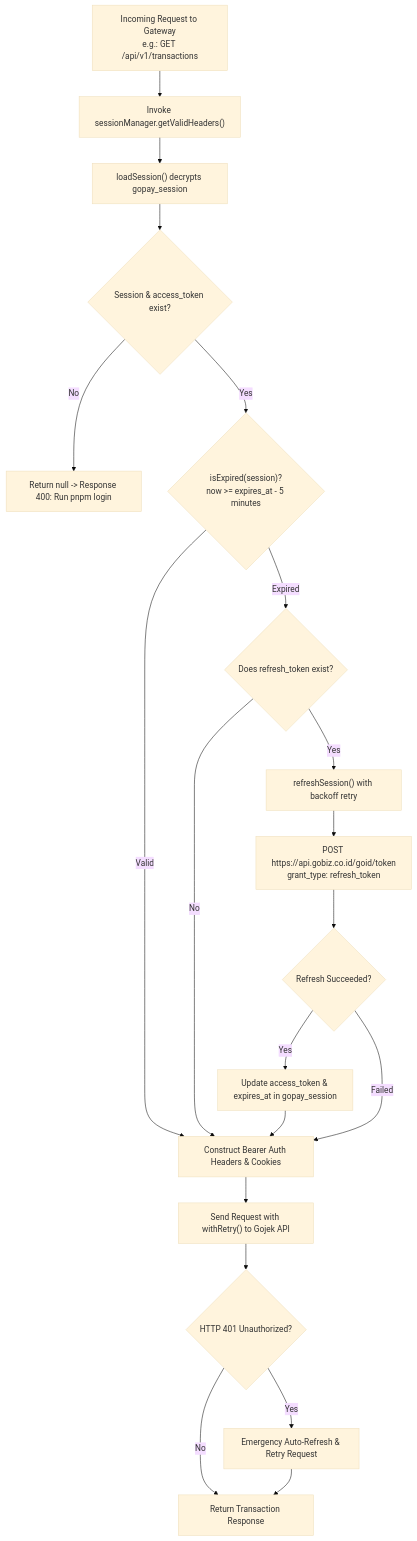
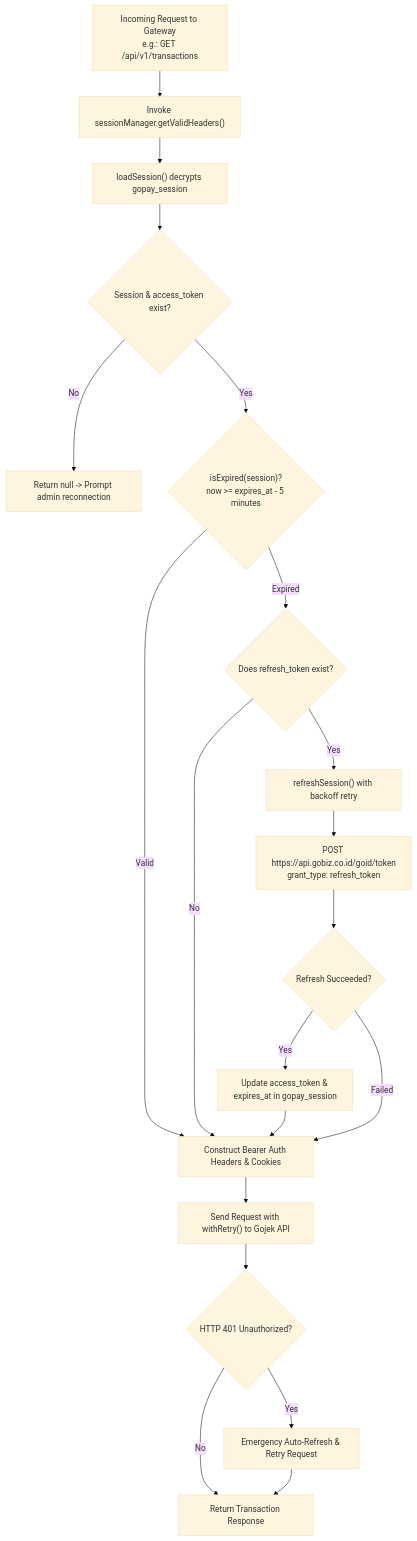
The second of 3 diagrams in GOJEK_API_DOCS.md (azmi2409/gopay-merchant-qris-gateway), drawn with Mermaid (base theme) before and after one commit. The commit also changed other lines of this file and 68 other files, not shown here.

````diff
--- a/GOJEK_API_DOCS.md
+++ b/GOJEK_API_DOCS.md
@@ -108,27 +105,27 @@
 ```mermaid
 flowchart TD
     A["Incoming Request to Gateway<br/>e.g.: GET /api/v1/transactions"] --> B["Invoke sessionManager.getValidHeaders()"]
     B --> C["loadSession() decrypts gopay_session"]
     
     C --> D{"Session & access_token exist?"}
-    D -- No --> E["Return null -> Response 400: Run pnpm login"]
+    D -- No --> E["Return null -> Prompt admin reconnection"]
     D -- Yes --> F{"isExpired(session)?<br/>now >= expires_at - 5 minutes"}
     
     F -- Valid --> G["Construct Bearer Auth Headers & Cookies"]
     F -- Expired --> H{"Does refresh_token exist?"}
     
     H -- No --> G
     H -- Yes --> I["refreshSession() with backoff retry"]
     
     I --> J["POST https://api.gobiz.co.id/goid/token<br/>grant_type: refresh_token"]
     J --> K{"Refresh Succeeded?"}
     K -- Yes --> L["Update access_token & expires_at in gopay_session"]
     L --> G
     K -- Failed --> G
     
     G --> M["Send Request with withRetry() to Gojek API"]
     M --> N{"HTTP 401 Unauthorized?"}
     N -- No --> O["Return Transaction Response"]
     N -- Yes --> P["Emergency Auto-Refresh & Retry Request"]
     P --> O
 ```
````
